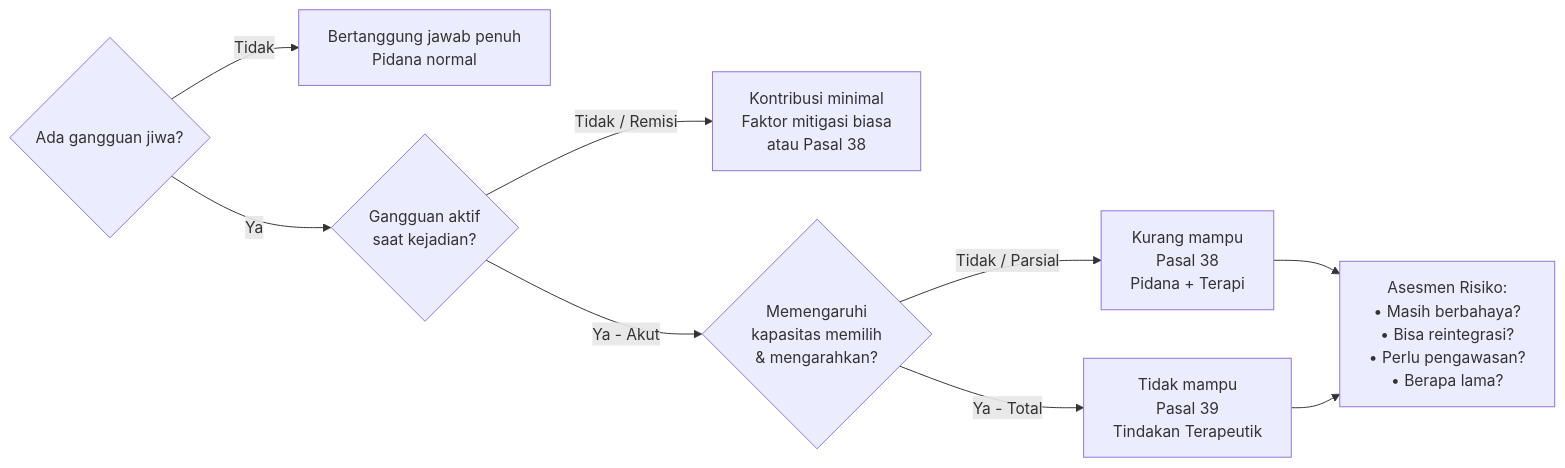
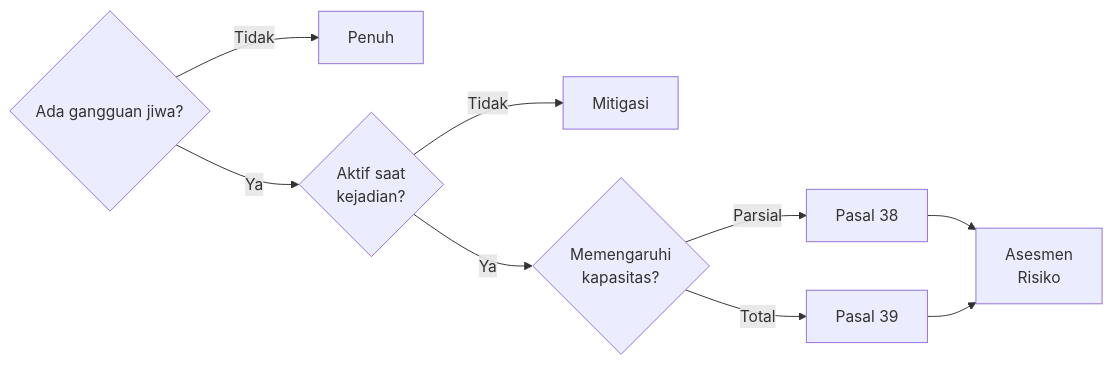
Before and after one commit to hifdzimaulana/beate-vivere: the fifth of 5 diagrams in content/Lectures/psikiatri-forensik.md, drawn with Mermaid. The commit also changed other lines of this file and 1 other file, not shown here.

Commit message:
Fix dark mode callouts and mermaid diagrams

````diff
--- a/content/Lectures/psikiatri-forensik.md
+++ b/content/Lectures/psikiatri-forensik.md
@@ -287,12 +271,11 @@
 ```mermaid
 flowchart LR
     Q1{"Ada gangguan jiwa?"}
-    Q1 -->|Tidak| OUT1["Bertanggung jawab penuh\nPidana normal"]
-    Q1 -->|Ya| Q2{"Gangguan aktif\nsaat kejadian?"}
-    Q2 -->|Tidak / Remisi| OUT2["Kontribusi minimal\nFaktor mitigasi biasa\natau Pasal 38"]
-    Q2 -->|Ya - Akut| Q3{"Memengaruhi\nkapasitas memilih\n& mengarahkan?"}
-    Q3 -->|Tidak / Parsial| OUT3["Kurang mampu\nPasal 38\nPidana + Terapi"]
-    Q3 -->|Ya - Total| OUT4["Tidak mampu\nPasal 39\nTindakan Terapeutik"]
-
-    OUT3 & OUT4 --> RISK["Asesmen Risiko:\n• Masih berbahaya?\n• Bisa reintegrasi?\n• Perlu pengawasan?\n• Berapa lama?"]
+    Q1 -->|Tidak| OUT1["Penuh"]
+    Q1 -->|Ya| Q2{"Aktif saat<br/>kejadian?"}
+    Q2 -->|Tidak| OUT2["Mitigasi"]
+    Q2 -->|Ya| Q3{"Memengaruhi<br/>kapasitas?"}
+    Q3 -->|Parsial| OUT3["Pasal 38"]
+    Q3 -->|Total| OUT4["Pasal 39"]
+    OUT3 & OUT4 --> RISK["Asesmen<br/>Risiko"]
 ```
````
